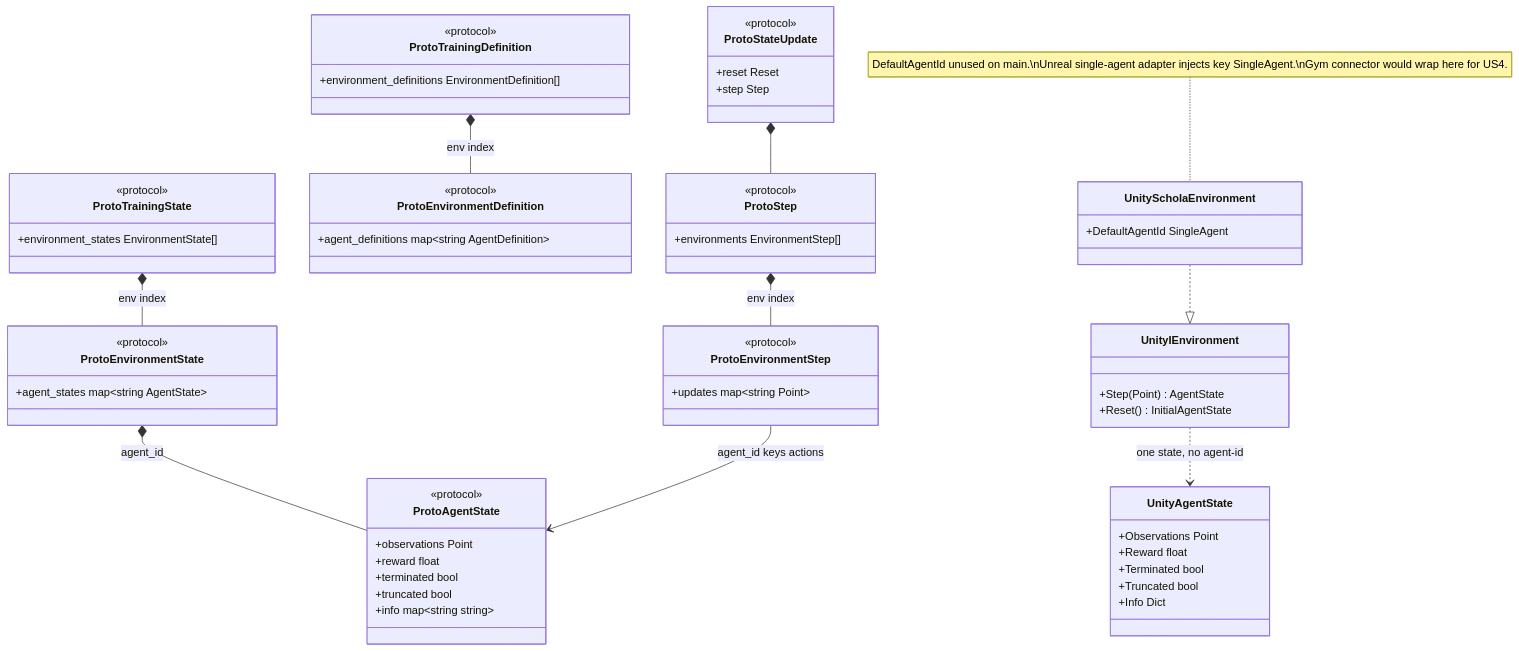
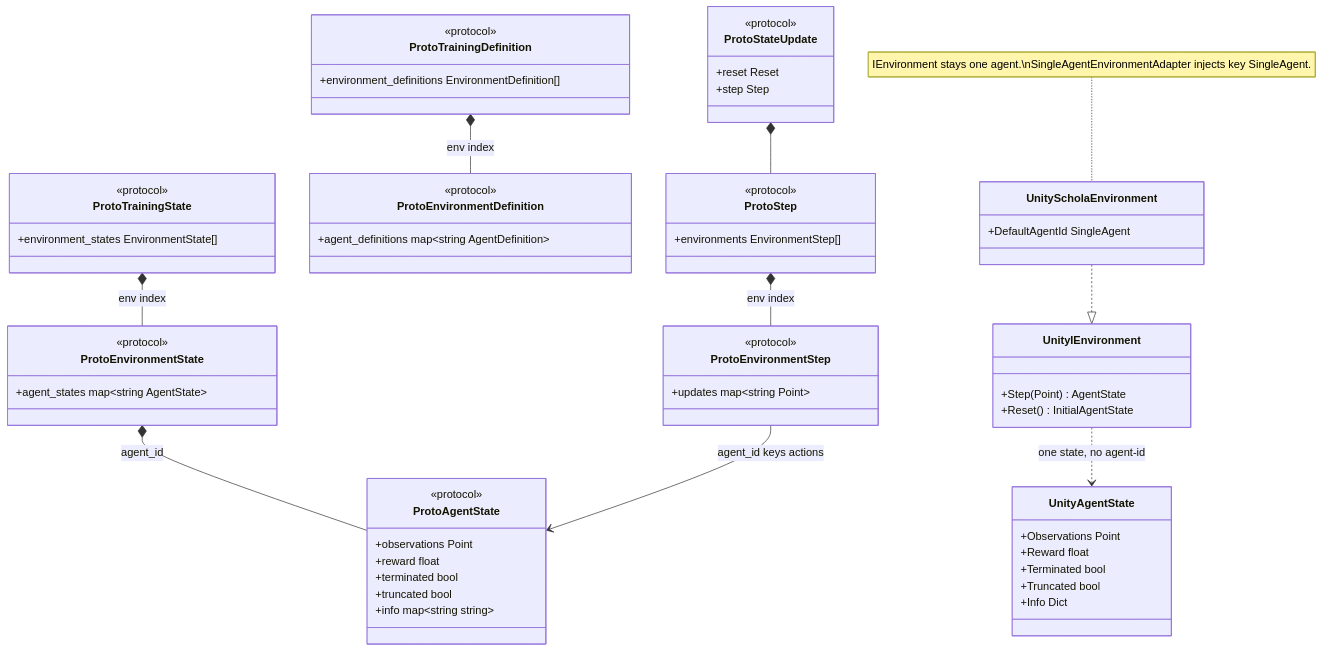
One commit to csc301-2026-f/11-AMD-Schola changed the seventh of 9 diagrams in Unity/com.amd.schola/Documentation~/architecture/us1-us4-uml.md. Above: the diagram before and after it, drawn with Mermaid. The commit also changed other lines of this file, not shown here.

````diff
--- a/Unity/com.amd.schola/Documentation~/architecture/us1-us4-uml.md
+++ b/Unity/com.amd.schola/Documentation~/architecture/us1-us4-uml.md
@@ -393,67 +393,67 @@
 ```mermaid
 classDiagram
   class ProtoTrainingState {
     <<protocol>>
     +environment_states EnvironmentState[]
   }
   class ProtoEnvironmentState {
     <<protocol>>
     +agent_states map~string AgentState~
   }
   class ProtoAgentState {
     <<protocol>>
     +observations Point
     +reward float
     +terminated bool
     +truncated bool
     +info map~string string~
   }
   class ProtoTrainingDefinition {
     <<protocol>>
     +environment_definitions EnvironmentDefinition[]
   }
   class ProtoEnvironmentDefinition {
     <<protocol>>
     +agent_definitions map~string AgentDefinition~
   }
   class ProtoStateUpdate {
     <<protocol>>
     +reset Reset
     +step Step
   }
   class ProtoStep {
     <<protocol>>
     +environments EnvironmentStep[]
   }
   class ProtoEnvironmentStep {
     <<protocol>>
     +updates map~string Point~
   }
 
   ProtoTrainingState *-- ProtoEnvironmentState : env index
   ProtoEnvironmentState *-- ProtoAgentState : agent_id
   ProtoTrainingDefinition *-- ProtoEnvironmentDefinition : env index
   ProtoStateUpdate *-- ProtoStep
   ProtoStep *-- ProtoEnvironmentStep : env index
   ProtoEnvironmentStep --> ProtoAgentState : agent_id keys actions
 
   class UnityIEnvironment {
     +Step(Point) AgentState
     +Reset() InitialAgentState
   }
   class UnityAgentState {
     +Observations Point
     +Reward float
     +Terminated bool
     +Truncated bool
     +Info Dict
   }
   class UnityScholaEnvironment {
     +DefaultAgentId SingleAgent
   }
 
   UnityScholaEnvironment ..|> UnityIEnvironment
   UnityIEnvironment ..> UnityAgentState : one state, no agent-id
 
-  note for UnityScholaEnvironment "DefaultAgentId unused on main.\nUnreal single-agent adapter injects key SingleAgent.\nGym connector would wrap here for US4."
+  note for UnityScholaEnvironment "IEnvironment stays one agent.\nSingleAgentEnvironmentAdapter injects key SingleAgent."
 ```
````
